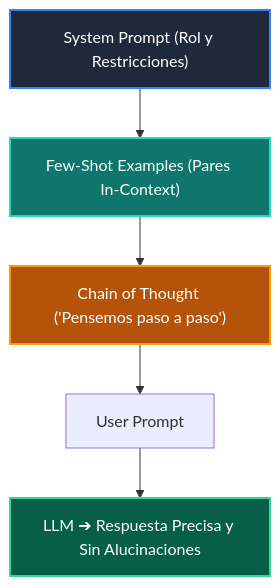
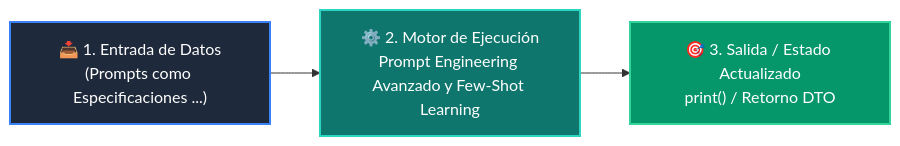
Before and after one commit to wisrovi/wisrovi-python: the diagram in 03-agentes-ia/clase-02-prompt-engineering-avanzado/README.md, drawn with Mermaid. The commit also changed other lines of this file and 54 other files, not shown here.

Commit message:
refactor: clean repository root by moving maintenance scripts to scripts/ and restore rich high-contrast Mermaid diagrams for all classes and examples

````diff
--- a/03-agentes-ia/clase-02-prompt-engineering-avanzado/README.md
+++ b/03-agentes-ia/clase-02-prompt-engineering-avanzado/README.md
@@ -12,12 +12,9 @@
 ```mermaid
-flowchart TD
-    SYS["System Prompt (Rol y Restricciones)"] --> CTX["Few-Shot Examples (Pares In-Context)"]
-    CTX --> COT["Chain of Thought ('Pensemos paso a paso')"]
-    COT --> USR["User Prompt"]
-    USR --> LLM["LLM ➔ Respuesta Precisa y Sin Alucinaciones"]
+flowchart LR
+    A["📥 1. Entrada de Datos<br/>(Prompts como Especificaciones ...)"] --> B["⚙️ 2. Motor de Ejecución<br/>Prompt Engineering Avanzado y Few-Shot Learning"]
+    B --> C["🎯 3. Salida / Estado Actualizado<br/>print() / Retorno DTO"]
 
-    style SYS fill:#1e293b,color:#fff,stroke:#3b82f6,stroke-width:2px
-    style CTX fill:#0f766e,color:#fff,stroke:#2dd4bf,stroke-width:2px
-    style COT fill:#b45309,color:#fff,stroke:#f59e0b,stroke-width:2px
-    style LLM fill:#065f46,color:#fff,stroke:#34d399,stroke-width:2px
+    style A fill:#1e293b,color:#ffffff,stroke:#3b82f6,stroke-width:2px
+    style B fill:#0f766e,color:#ffffff,stroke:#2dd4bf,stroke-width:2px
+    style C fill:#059669,color:#ffffff,stroke:#34d399,stroke-width:2px
 ```
````
